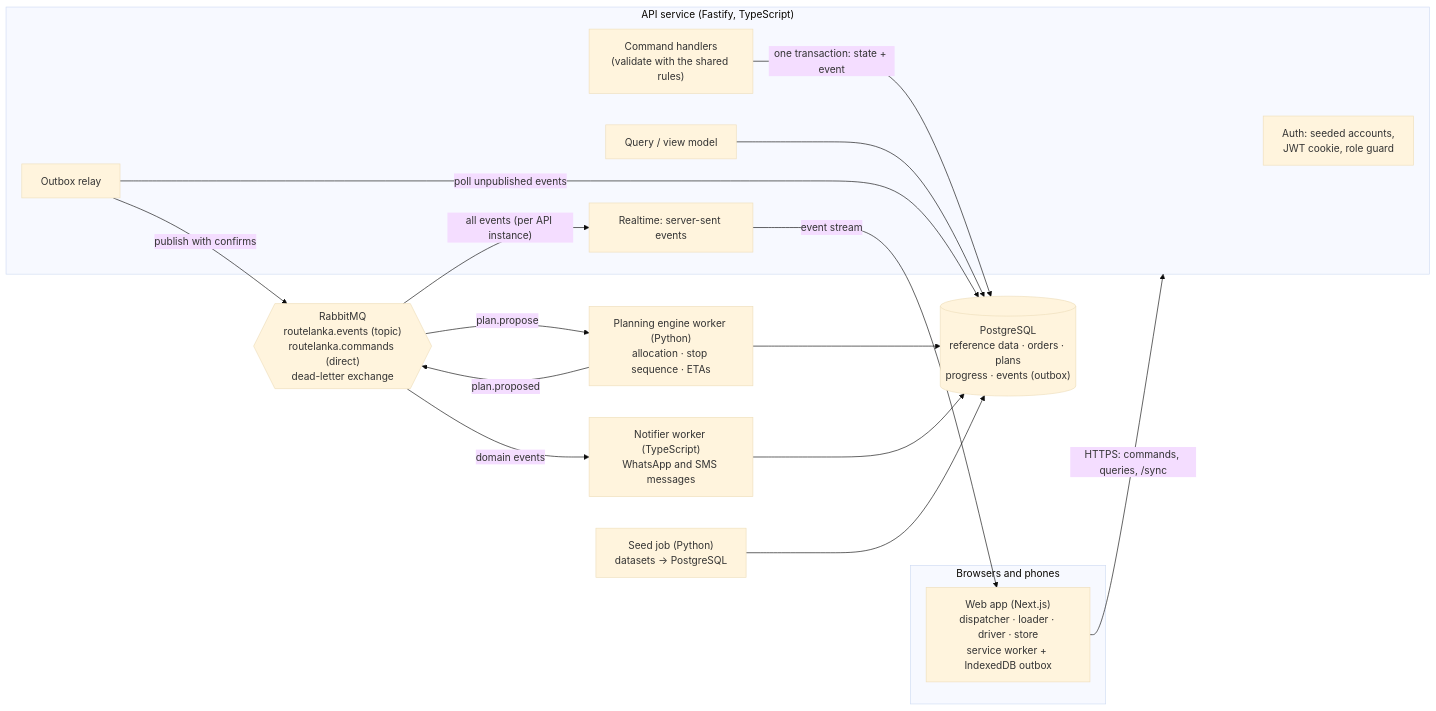
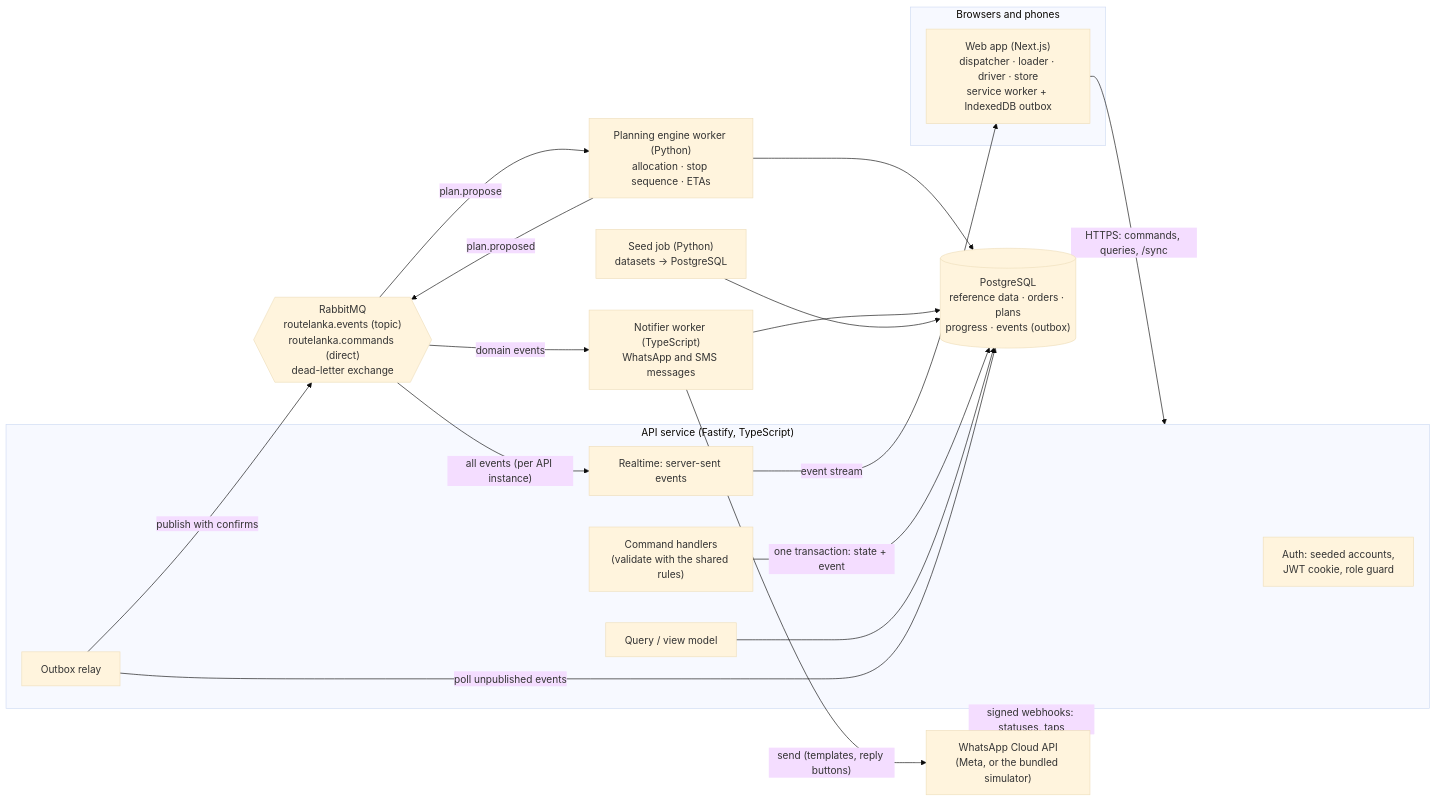
The diagram in docs/architecture.md (malika1234m/API4_RouteLanka.), drawn with Mermaid (base theme) before and after one commit. The commit also changed other lines of this file, not shown here.

Commit message:
Update architecture doc

````diff
--- a/docs/architecture.md
+++ b/docs/architecture.md
@@ -9,35 +9,38 @@
 ```mermaid
 flowchart LR
   subgraph Browser["Browsers and phones"]
     WEB["Web app (Next.js)<br/>dispatcher · loader · driver · store<br/>service worker + IndexedDB outbox"]
   end
 
   subgraph Core["API service (Fastify, TypeScript)"]
     AUTH["Auth: seeded accounts,<br/>JWT cookie, role guard"]
     CMD["Command handlers<br/>(validate with the shared rules)"]
     QRY["Query / view model"]
     SSE["Realtime: server-sent events"]
     RELAY["Outbox relay"]
   end
 
   DB[("PostgreSQL<br/>reference data · orders · plans<br/>progress · events (outbox)")]
   MQ{{"RabbitMQ<br/>routelanka.events (topic)<br/>routelanka.commands (direct)<br/>dead-letter exchange"}}
 
   ENGINE["Planning engine worker (Python)<br/>allocation · stop sequence · ETAs"]
   NOTIFY["Notifier worker (TypeScript)<br/>WhatsApp and SMS messages"]
   SEED["Seed job (Python)<br/>datasets → PostgreSQL"]
+  WA["WhatsApp Cloud API<br/>(Meta, or the bundled simulator)"]
 
   WEB -- "HTTPS: commands, queries, /sync" --> Core
   SSE -- "event stream" --> WEB
   CMD -- "one transaction: state + event" --> DB
   QRY --> DB
   RELAY -- "poll unpublished events" --> DB
   RELAY -- "publish with confirms" --> MQ
   MQ -- "plan.propose" --> ENGINE
   ENGINE -- "plan.proposed" --> MQ
   ENGINE --> DB
   MQ -- "domain events" --> NOTIFY
   NOTIFY --> DB
+  NOTIFY -- "send (templates, reply buttons)" --> WA
+  WA -- "signed webhooks: statuses, taps" --> Core
   MQ -- "all events (per API instance)" --> SSE
   SEED --> DB
 ```
````
